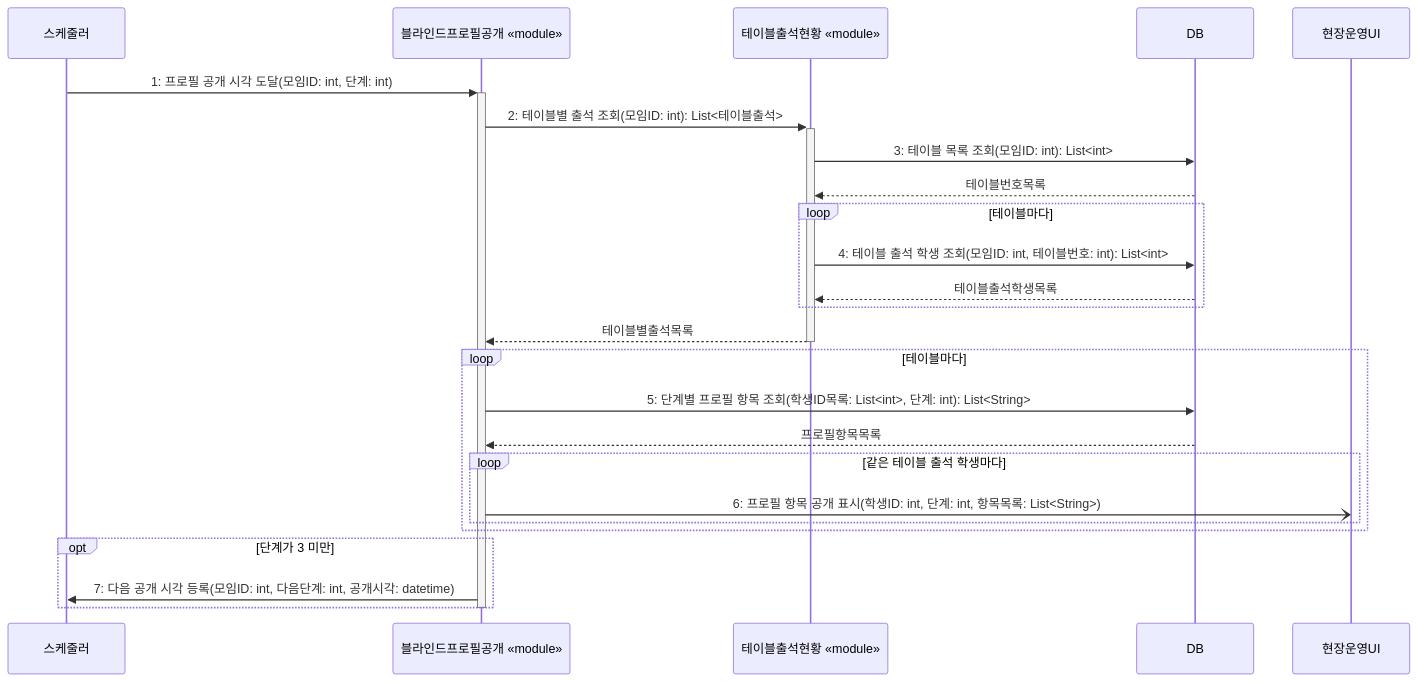
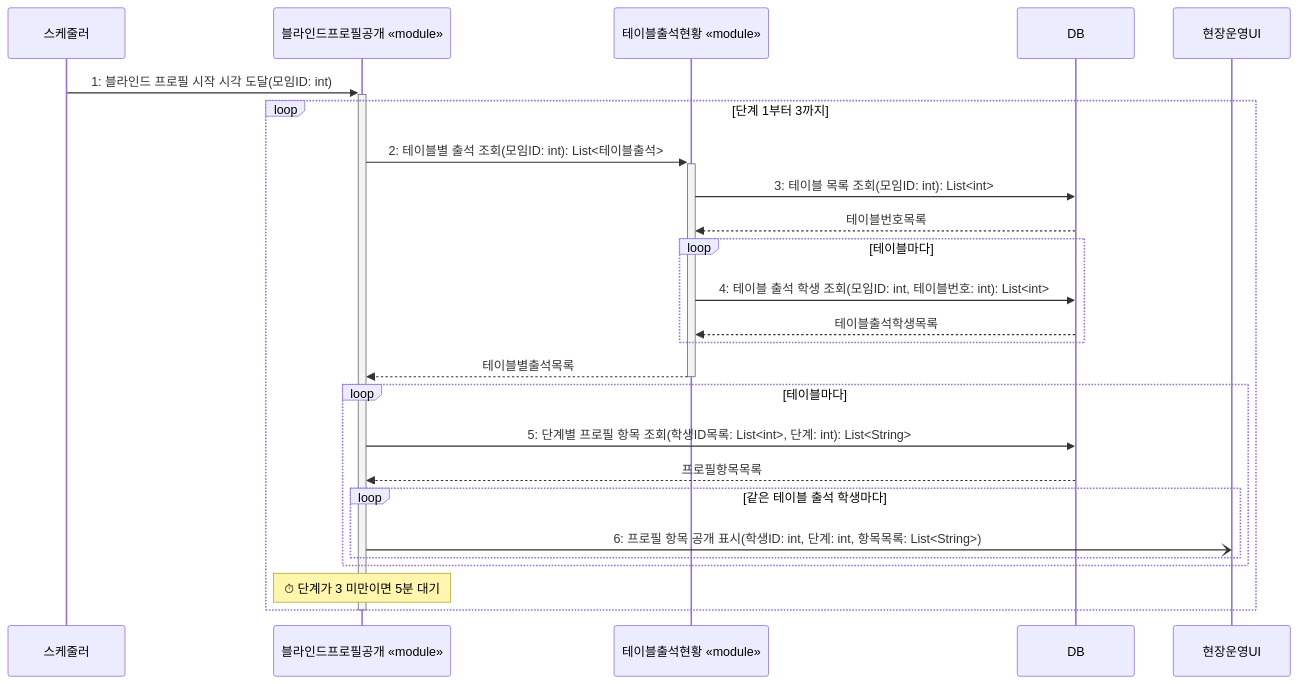
The diagram in presentation/08/2-sequence-v4.md (hojae3/sw-engineering-16), drawn with Mermaid before and after one commit. The commit also changed other lines of this file and 1 other file, not shown here.

Commit message:
[presentation] 8번 v4: 1단계부터 loop로 5분마다 공개(스케줄러는 시작만), RULES ⏱ 노트 기준 정리

````diff
--- a/presentation/08/2-sequence-v4.md
+++ b/presentation/08/2-sequence-v4.md
@@ -14,31 +14,30 @@
 ```mermaid
 sequenceDiagram
     participant 스케줄러
     participant 공개 as 블라인드프로필공개 «module»
     participant 현황 as 테이블출석현황 «module»
     participant DB as DB
     participant 화면 as 현장운영UI
 
-    스케줄러->>+공개: 1: 프로필 공개 시각 도달(모임ID: int, 단계: int)
-    공개->>+현황: 2: 테이블별 출석 조회(모임ID: int): List<테이블출석>
-    현황->>DB: 3: 테이블 목록 조회(모임ID: int): List<int>
-    DB-->>현황: 테이블번호목록
-    loop 테이블마다
-        현황->>DB: 4: 테이블 출석 학생 조회(모임ID: int, 테이블번호: int): List<int>
-        DB-->>현황: 테이블출석학생목록
-    end
-    현황-->>-공개: 테이블별출석목록
+    스케줄러->>+공개: 1: 블라인드 프로필 시작 시각 도달(모임ID: int)
+    loop 단계 1부터 3까지
+        공개->>+현황: 2: 테이블별 출석 조회(모임ID: int): List<테이블출석>
+        현황->>DB: 3: 테이블 목록 조회(모임ID: int): List<int>
+        DB-->>현황: 테이블번호목록
+        loop 테이블마다
+            현황->>DB: 4: 테이블 출석 학생 조회(모임ID: int, 테이블번호: int): List<int>
+            DB-->>현황: 테이블출석학생목록
+        end
+        현황-->>-공개: 테이블별출석목록
 
-    loop 테이블마다
-        공개->>DB: 5: 단계별 프로필 항목 조회(학생ID목록: List<int>, 단계: int): List<String>
-        DB-->>공개: 프로필항목목록
-        loop 같은 테이블 출석 학생마다
-            공개-)화면: 6: 프로필 항목 공개 표시(학생ID: int, 단계: int, 항목목록: List<String>)
+        loop 테이블마다
+            공개->>DB: 5: 단계별 프로필 항목 조회(학생ID목록: List<int>, 단계: int): List<String>
+            DB-->>공개: 프로필항목목록
+            loop 같은 테이블 출석 학생마다
+                공개-)화면: 6: 프로필 항목 공개 표시(학생ID: int, 단계: int, 항목목록: List<String>)
+            end
         end
-    end
-
-    opt 단계가 3 미만
-        공개->>스케줄러: 7: 다음 공개 시각 등록(모임ID: int, 다음단계: int, 공개시각: datetime)
+        Note over 공개: ⏱ 단계가 3 미만이면 5분 대기
     end
     deactivate 공개
 ```
````
